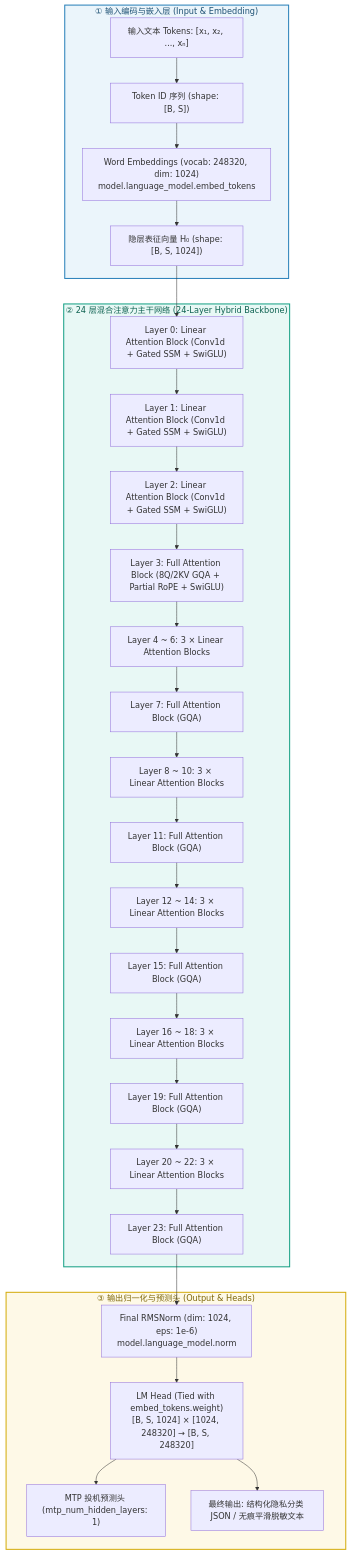
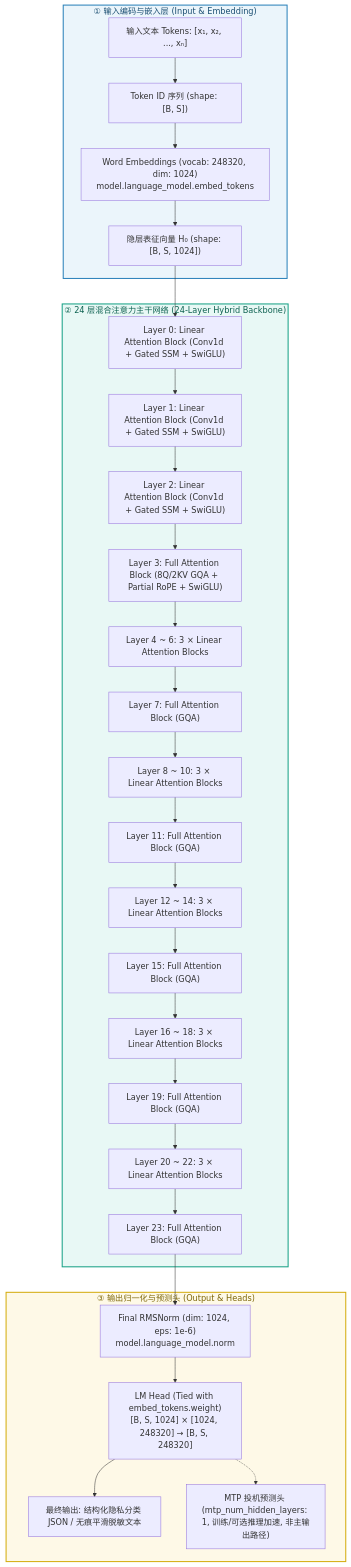
One commit to fengzhizi319/PrivShield changed the first of 12 diagrams in docs/llmlora/qwen3_5_0_8b_architecture.md. Above: the diagram before and after it, drawn with Mermaid. The commit also changed other lines of this file and 2 other files, not shown here.

Commit message:
docs & test: annotate batch inference logic line-by-line and refine Qwen3.5-0.8B architecture docs

````diff
--- a/docs/llmlora/qwen3_5_0_8b_architecture.md
+++ b/docs/llmlora/qwen3_5_0_8b_architecture.md
@@ -50,44 +57,44 @@
 ```mermaid
 flowchart TD
     subgraph INPUT["① 输入编码与嵌入层 (Input & Embedding)"]
         A["输入文本 Tokens: [x₁, x₂, ..., xₙ]"] --> B["Token ID 序列 (shape: [B, S])"]
         B --> C["Word Embeddings (vocab: 248320, dim: 1024)\nmodel.language_model.embed_tokens"]
         C --> D["隐层表征向量 H₀ (shape: [B, S, 1024])"]
     end
 
     subgraph BACKBONE["② 24 层混合注意力主干网络 (24-Layer Hybrid Backbone)"]
         D --> L0["Layer 0: Linear Attention Block (Conv1d + Gated SSM + SwiGLU)"]
         L0 --> L1["Layer 1: Linear Attention Block (Conv1d + Gated SSM + SwiGLU)"]
         L1 --> L2["Layer 2: Linear Attention Block (Conv1d + Gated SSM + SwiGLU)"]
         L2 --> L3["Layer 3: Full Attention Block (8Q/2KV GQA + Partial RoPE + SwiGLU)"]
         
         L3 --> L4_6["Layer 4 ~ 6: 3 × Linear Attention Blocks"]
         L4_6 --> L7["Layer 7: Full Attention Block (GQA)"]
         
         L7 --> L8_10["Layer 8 ~ 10: 3 × Linear Attention Blocks"]
         L8_10 --> L11["Layer 11: Full Attention Block (GQA)"]
         
         L11 --> L12_14["Layer 12 ~ 14: 3 × Linear Attention Blocks"]
         L12_14 --> L15["Layer 15: Full Attention Block (GQA)"]
         
         L15 --> L16_18["Layer 16 ~ 18: 3 × Linear Attention Blocks"]
         L16_18 --> L19["Layer 19: Full Attention Block (GQA)"]
         
         L19 --> L20_22["Layer 20 ~ 22: 3 × Linear Attention Blocks"]
         L20_22 --> L23["Layer 23: Full Attention Block (GQA)"]
     end
 
     subgraph OUTPUT["③ 输出归一化与预测头 (Output & Heads)"]
         L23 --> LN_F["Final RMSNorm (dim: 1024, eps: 1e-6)\nmodel.language_model.norm"]
         LN_F --> LM_HEAD["LM Head (Tied with embed_tokens.weight)\n[B, S, 1024] × [1024, 248320] → [B, S, 248320]"]
-        LM_HEAD --> MTP["MTP 投机预测头 (mtp_num_hidden_layers: 1)"]
         LM_HEAD --> PRED["最终输出: 结构化隐私分类 JSON / 无痕平滑脱敏文本"]
+        LM_HEAD -.-> MTP["MTP 投机预测头 (mtp_num_hidden_layers: 1, 训练/可选推理加速, 非主输出路径)"]
     end
 
     classDef inputStyle fill:#EBF5FB,stroke:#2980B9,stroke-width:2px,color:#1B4F72;
     classDef backboneStyle fill:#E8F8F5,stroke:#16A085,stroke-width:2px,color:#0E6251;
     classDef outputStyle fill:#FEF9E7,stroke:#D4AC0D,stroke-width:2px,color:#7D6608;
     class INPUT inputStyle;
     class BACKBONE backboneStyle;
     class OUTPUT outputStyle;
 ```
````
